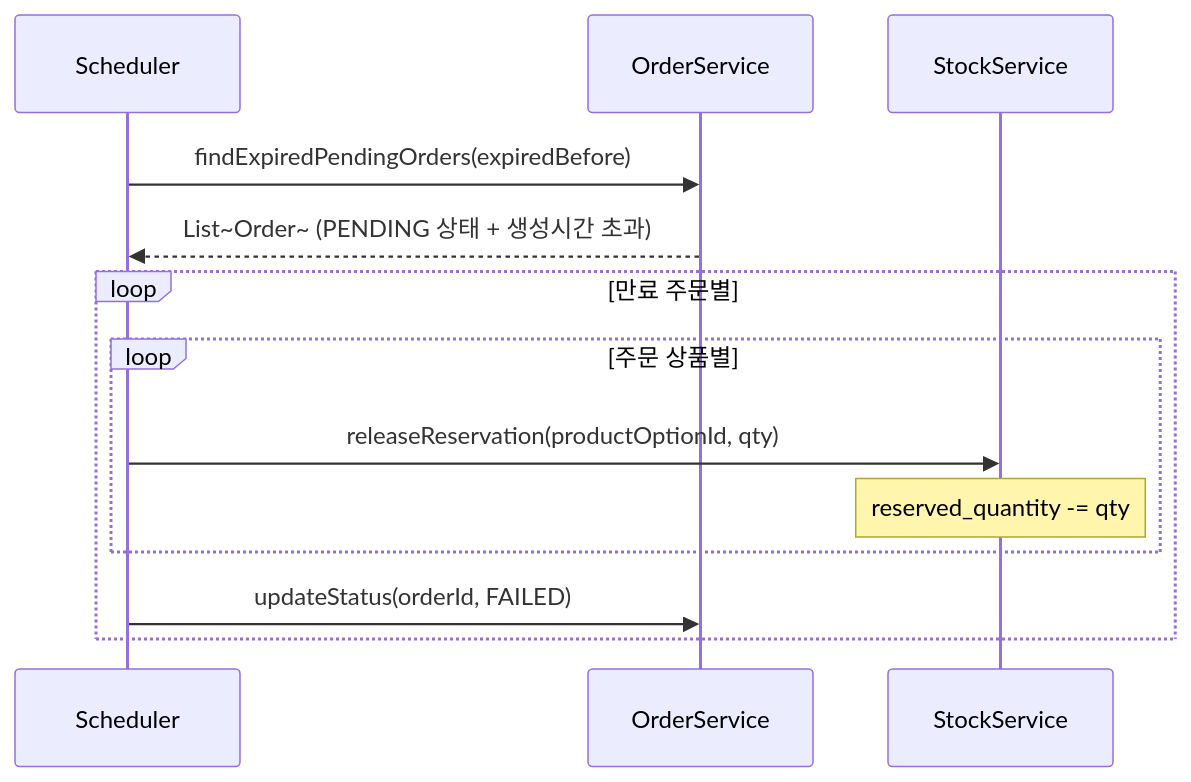
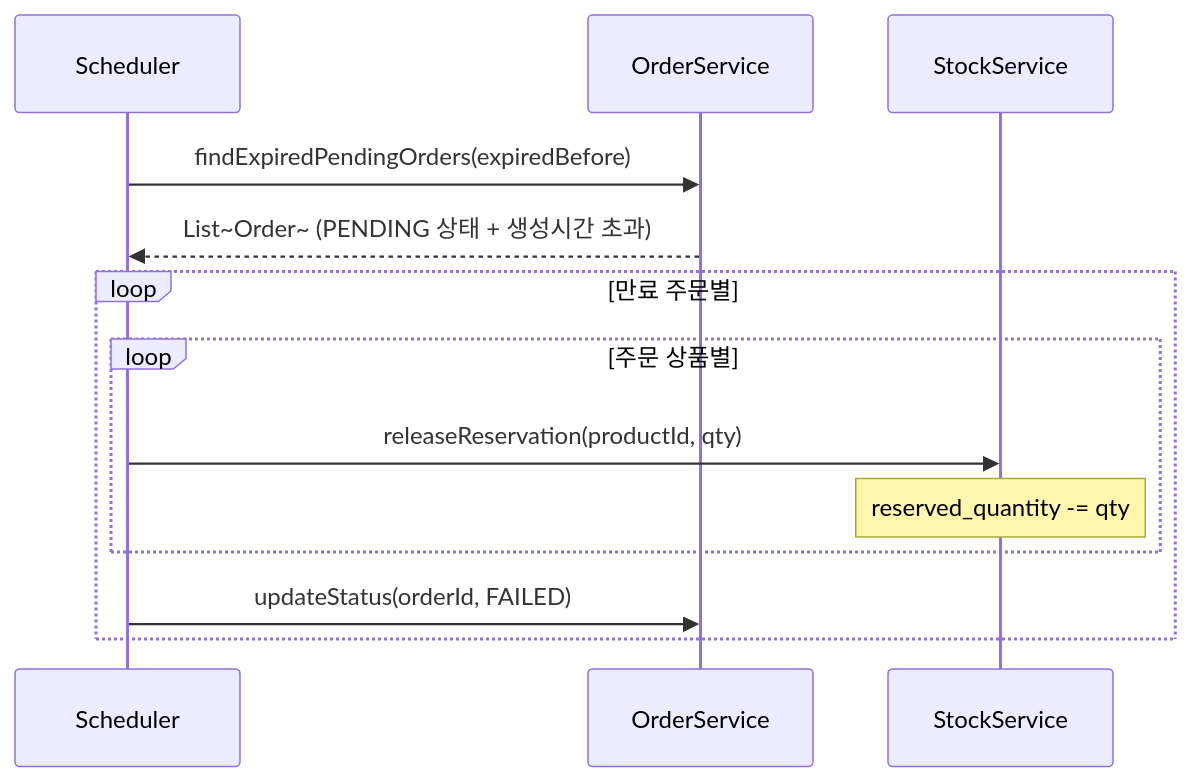
The fourth of 7 diagrams in .docs/design/02-sequence-diagrams.md (loopers-labs/loop-pack-be-l2-vol4-java), drawn with Mermaid before and after one commit. The commit also changed other lines of this file and 3 other files, not shown here.

````diff
--- a/.docs/design/02-sequence-diagrams.md
+++ b/.docs/design/02-sequence-diagrams.md
@@ -157,17 +167,17 @@
 ```mermaid
 sequenceDiagram
     participant Scheduler
     participant OrderService
     participant StockService
 
     Scheduler->>OrderService: findExpiredPendingOrders(expiredBefore)
     OrderService-->>Scheduler: List~Order~ (PENDING 상태 + 생성시간 초과)
 
     loop 만료 주문별
         loop 주문 상품별
-            Scheduler->>StockService: releaseReservation(productOptionId, qty)
+            Scheduler->>StockService: releaseReservation(productId, qty)
             Note over StockService: reserved_quantity -= qty
         end
         Scheduler->>OrderService: updateStatus(orderId, FAILED)
     end
 ```
````
